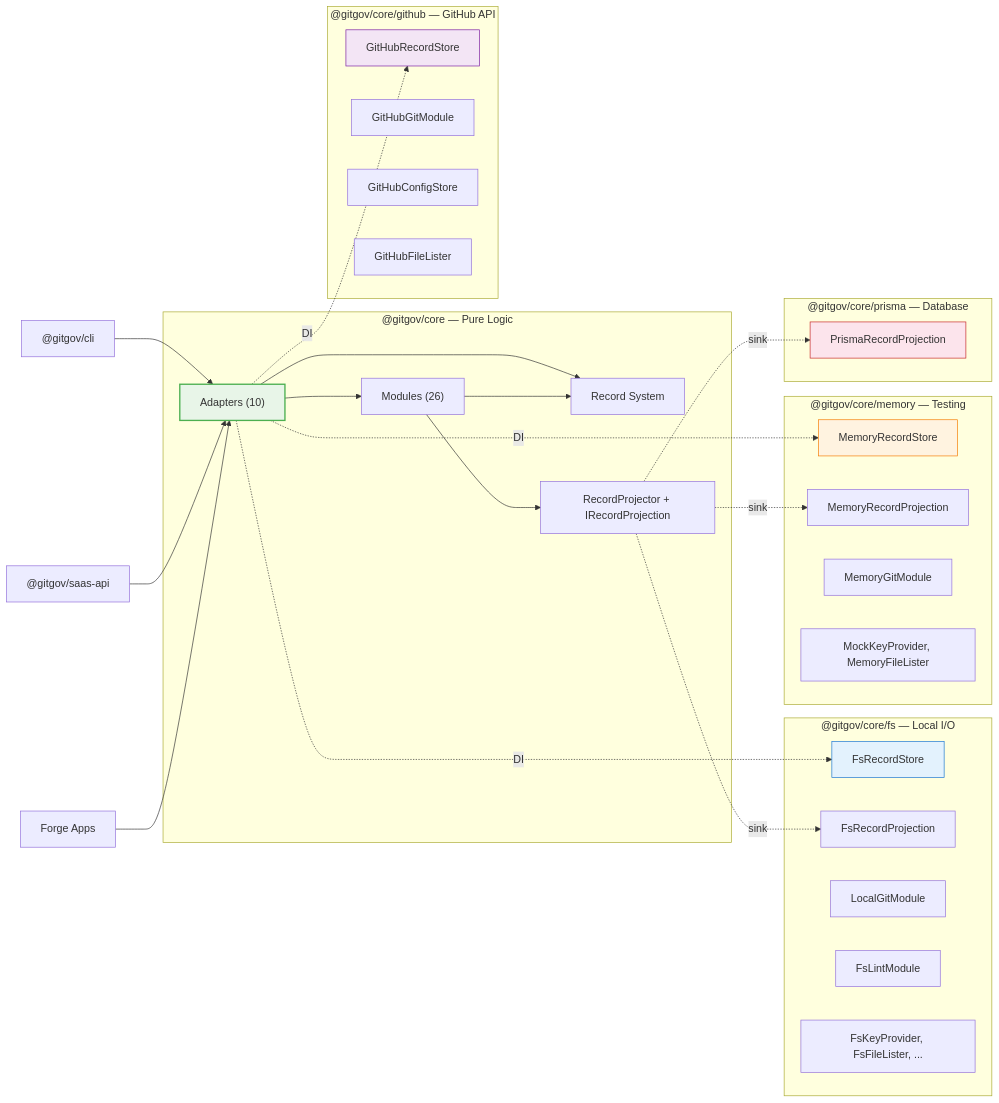
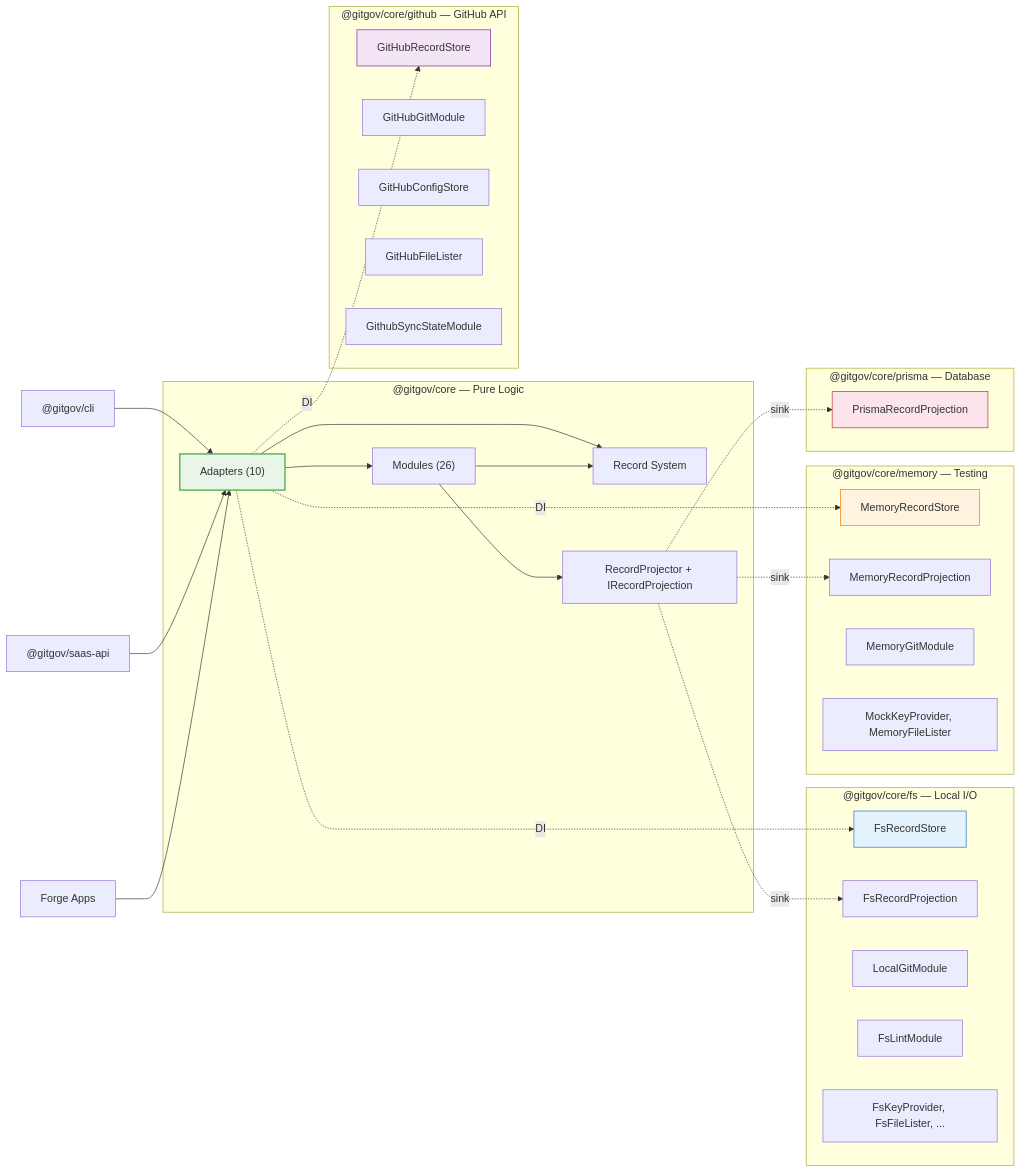
One commit to gitgovernance/monorepo changed the diagram in packages/core/README.md. Above: the diagram before and after it, drawn with Mermaid. The commit also changed other lines of this file and 59 other files, not shown here.

````diff
--- a/packages/core/README.md
+++ b/packages/core/README.md
@@ -83,57 +83,58 @@
 ```mermaid
 graph LR
     subgraph "@gitgov/core — Pure Logic"
         Adapters["Adapters (10)"]
         Modules["Modules (26)"]
         Records["Record System"]
         Projection["RecordProjector + IRecordProjection"]
 
         Adapters --> Modules
         Adapters --> Records
         Modules --> Records
         Modules --> Projection
     end
 
     subgraph "@gitgov/core/fs — Local I/O"
         FsStore["FsRecordStore"]
         FsProjection["FsRecordProjection"]
         FsGit["LocalGitModule"]
         FsLint["FsLintModule"]
         FsOther["FsKeyProvider, FsFileLister, ..."]
     end
 
     subgraph "@gitgov/core/github — GitHub API"
         GhStore["GitHubRecordStore"]
         GhGit["GitHubGitModule"]
         GhConfig["GitHubConfigStore"]
         GhFiles["GitHubFileLister"]
+        GhSync["GithubSyncStateModule"]
     end
 
     subgraph "@gitgov/core/memory — Testing"
         MemStore["MemoryRecordStore"]
         MemProjection["MemoryRecordProjection"]
         MemGit["MemoryGitModule"]
         MemOther["MockKeyProvider, MemoryFileLister"]
     end
 
     subgraph "@gitgov/core/prisma — Database"
         PrismaProjection["PrismaRecordProjection"]
     end
 
     Adapters -.->|DI| FsStore
     Adapters -.->|DI| GhStore
     Adapters -.->|DI| MemStore
     Projection -.->|sink| FsProjection
     Projection -.->|sink| MemProjection
     Projection -.->|sink| PrismaProjection
 
     CLI["@gitgov/cli"] --> Adapters
     SaaS["@gitgov/saas-api"] --> Adapters
     Forge["Forge Apps"] --> Adapters
 
     style Adapters fill:#e8f5e8,stroke:#4caf50,stroke-width:2px
     style FsStore fill:#e3f2fd,stroke:#1976d2
     style GhStore fill:#f3e5f5,stroke:#7b1fa2
     style MemStore fill:#fff3e0,stroke:#f57c00
     style PrismaProjection fill:#fce4ec,stroke:#c62828
 ```
````
